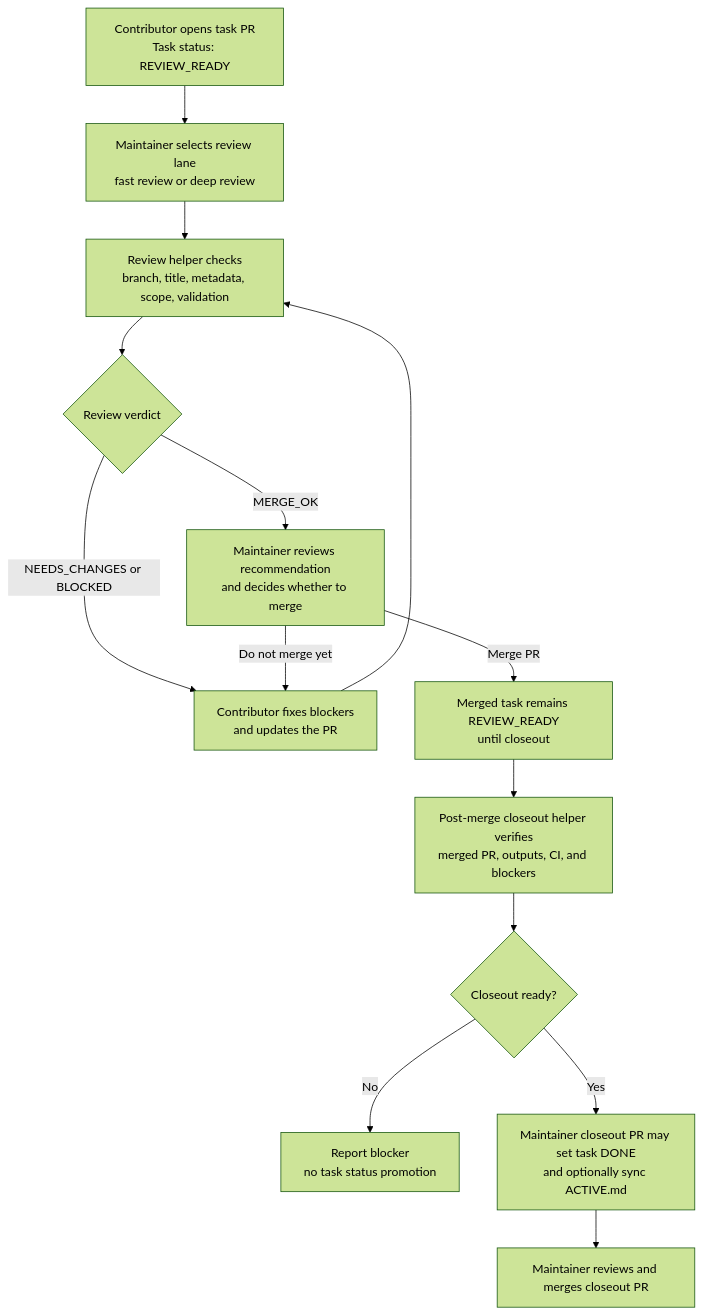
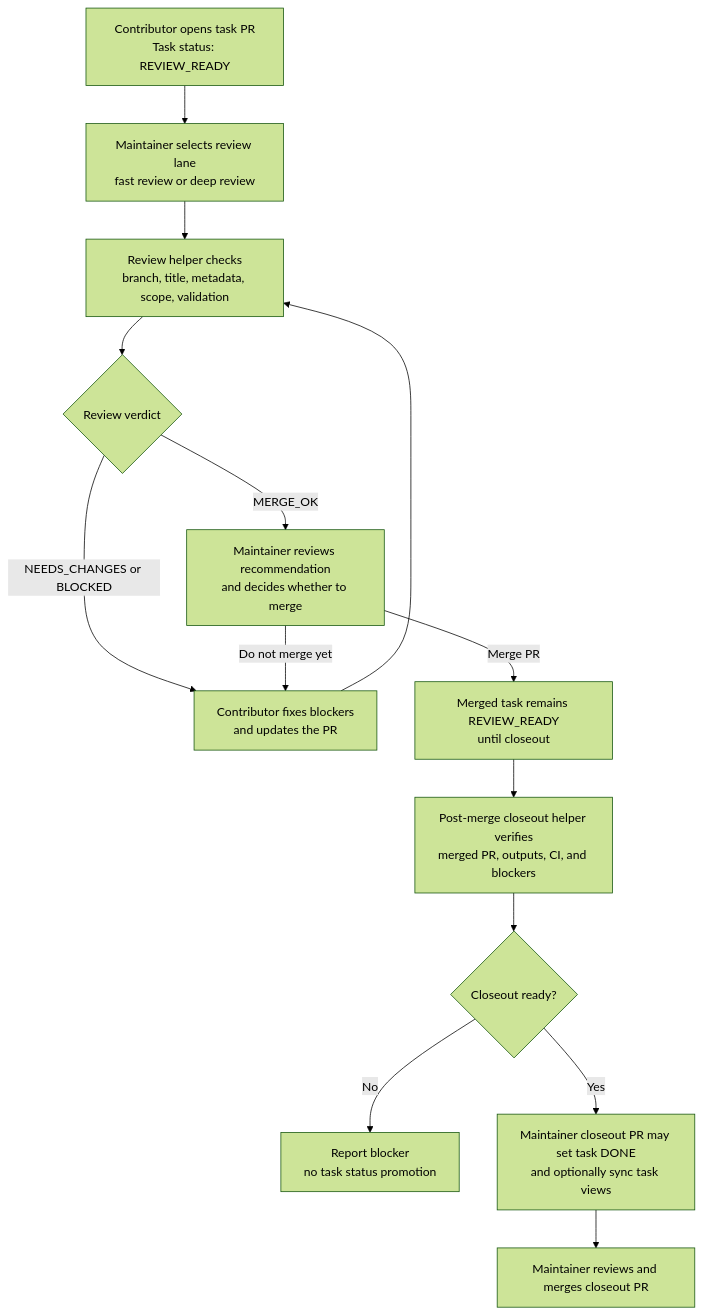
One commit to open-agent-science/autonomous-physics-lab changed the diagram in docs/maintainer-review-agent.md. Above: the diagram before and after it, drawn with Mermaid (forest theme). The commit also changed other lines of this file and 26 other files, not shown here.

Commit message:
docs(task-0474): redirect remaining tasks/ACTIVE.md references to task views

````diff
--- a/docs/maintainer-review-agent.md
+++ b/docs/maintainer-review-agent.md
@@ -64,16 +64,16 @@
 ```mermaid
 flowchart TD
     A["Contributor opens task PR\nTask status: REVIEW_READY"] --> B["Maintainer selects review lane\nfast review or deep review"]
     B --> C["Review helper checks\nbranch, title, metadata, scope, validation"]
     C --> D{Review verdict}
     D -->|"NEEDS_CHANGES or BLOCKED"| E["Contributor fixes blockers\nand updates the PR"]
     E --> C
     D -->|"MERGE_OK"| F["Maintainer reviews recommendation\nand decides whether to merge"]
     F -->|"Do not merge yet"| E
     F -->|"Merge PR"| G["Merged task remains REVIEW_READY\nuntil closeout"]
     G --> H["Post-merge closeout helper verifies\nmerged PR, outputs, CI, and blockers"]
     H --> I{Closeout ready?}
     I -->|"No"| J["Report blocker\nno task status promotion"]
-    I -->|"Yes"| K["Maintainer closeout PR may set task DONE\nand optionally sync ACTIVE.md"]
+    I -->|"Yes"| K["Maintainer closeout PR may set task DONE\nand optionally sync task views"]
     K --> L["Maintainer reviews and merges closeout PR"]
 ```
````
